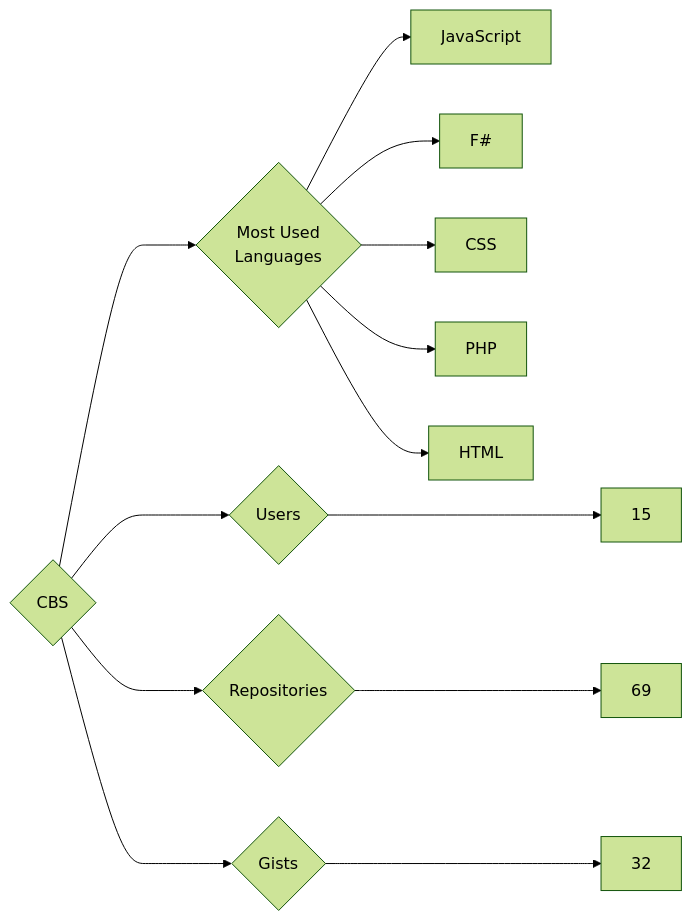
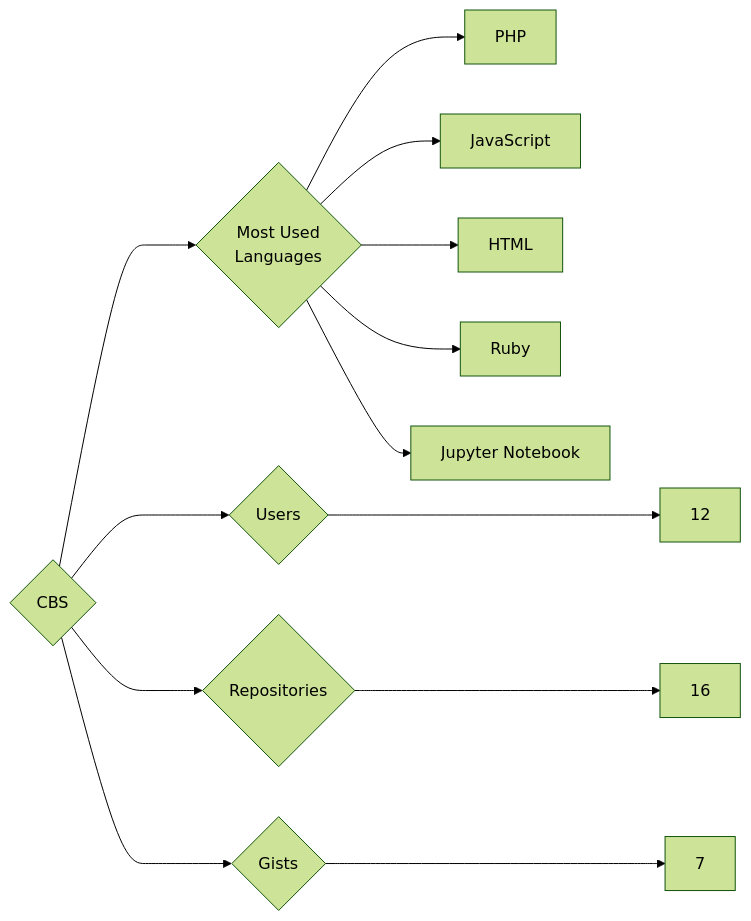
One commit to trickest/insiders changed the diagram in targets/CBS/README.md. Above: the diagram before and after it, drawn with Mermaid (forest theme). The commit also changed 657 other files, not shown here.

````diff
--- a/targets/CBS/README.md
+++ b/targets/CBS/README.md
@@ -3,13 +3,13 @@
 ```mermaid
 graph LR
 COMPANY_NAME{CBS}
-COMPANY_NAME ---> U{Users} ---> UN[15]
-COMPANY_NAME ---> R{Repositories} ---> RN[69]
-COMPANY_NAME ---> G{Gists} ---> GN[32]
+COMPANY_NAME ---> U{Users} ---> UN[12]
+COMPANY_NAME ---> R{Repositories} ---> RN[16]
+COMPANY_NAME ---> G{Gists} ---> GN[7]
 COMPANY_NAME ---> ML{Most Used<br>Languages}
+ML --> PHP[PHP]
 ML --> JavaScript[JavaScript]
-ML --> F#[F#]
-ML --> CSS[CSS]
-ML --> PHP[PHP]
 ML --> HTML[HTML]
+ML --> Ruby[Ruby]
+ML --> Jupyter_Notebook[Jupyter Notebook]
 ```
````
